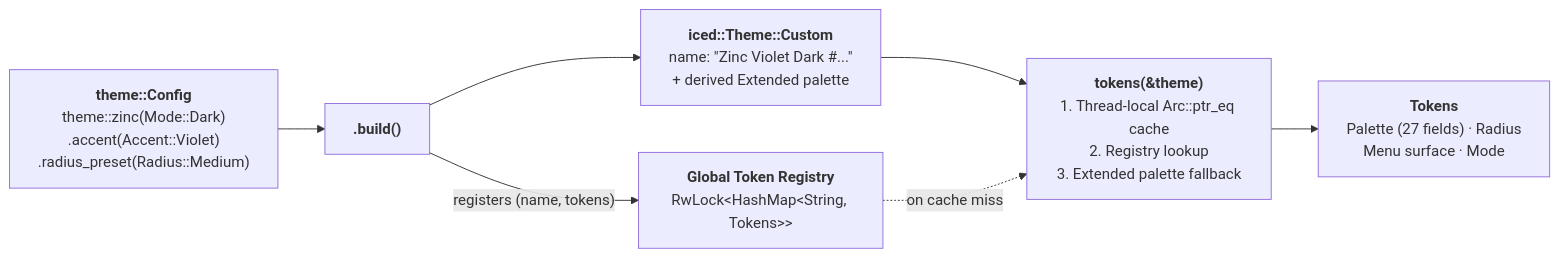
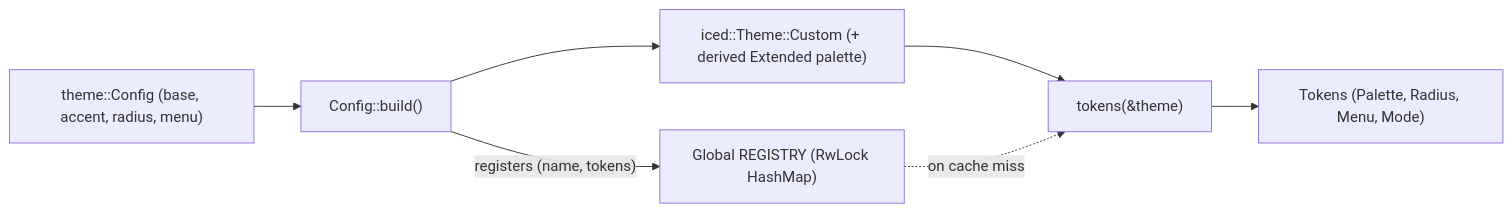
One commit to r4ai/shadcn-iced changed the third of 5 diagrams in docs/architecture.md. Above: the diagram before and after it, drawn with Mermaid. The commit also changed other lines of this file and 13 other files, not shown here.

Commit message:
docs: unify screenshots in dark mode, fix mermaid diagrams, and refine list/table formatting

````diff
--- a/docs/architecture.md
+++ b/docs/architecture.md
@@ -75,16 +78,16 @@
 ```mermaid
 flowchart LR
-    Builder["<b>theme::Config</b><br/>theme::zinc(Mode::Dark)<br/>.accent(Accent::Violet)<br/>.radius_preset(Radius::Medium)"]
-    Build["<b>.build()</b>"]
-    Registry["<b>Global Token Registry</b><br/>RwLock&lt;HashMap&lt;String, Tokens&gt;&gt;"]
-    IcedTheme["<b>iced::Theme::Custom</b><br/>name: &quot;Zinc Violet Dark #...&quot;<br/>+ derived Extended palette"]
-    TokensFn["<b>tokens(&amp;theme)</b><br/>1. Thread-local Arc::ptr_eq cache<br/>2. Registry lookup<br/>3. Extended palette fallback"]
-    Tokens["<b>Tokens</b><br/>Palette (27 fields) · Radius<br/>Menu surface · Mode"]
+    Builder["theme::Config (base, accent, radius, menu)"]
+    Build["Config::build()"]
+    Registry["Global REGISTRY (RwLock HashMap)"]
+    IcedTheme["iced::Theme::Custom (+ derived Extended palette)"]
+    TokensFn["tokens(&theme)"]
+    Tokens["Tokens (Palette, Radius, Menu, Mode)"]
 
     Builder --> Build
     Build -- "registers (name, tokens)" --> Registry
     Build --> IcedTheme
     IcedTheme --> TokensFn
     Registry -. "on cache miss" .-> TokensFn
     TokensFn --> Tokens
 ```
````
